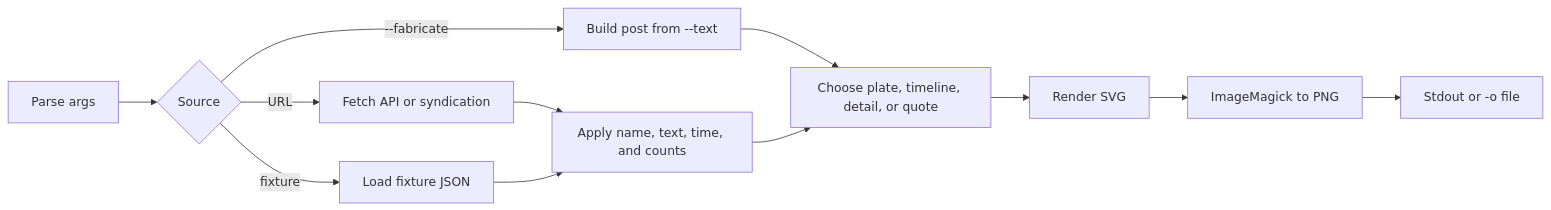
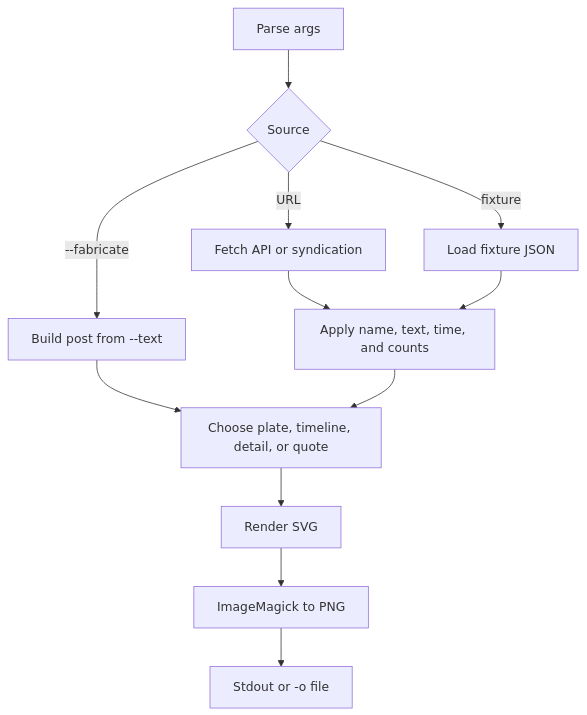
Before and after one commit to jspeaks/xpostplate: the diagram in docs/architecture.md, drawn with Mermaid. The commit also changed 1 other file, not shown here.

Commit message:
docs: orient the architecture diagram vertically

````diff
--- a/docs/architecture.md
+++ b/docs/architecture.md
@@ -5,14 +5,14 @@
 ```mermaid
-flowchart LR
+flowchart TD
   args[Parse args] --> source{Source}
   source -->|URL| fetch[Fetch API or syndication]
   source -->|fixture| fixture[Load fixture JSON]
   source -->|--fabricate| made[Build post from --text]
   fetch --> overrides[Apply name, text, time, and counts]
   fixture --> overrides
   made --> view[Choose plate, timeline, detail, or quote]
   overrides --> view
   view --> svg[Render SVG]
   svg --> magick[ImageMagick to PNG]
   magick --> out[Stdout or -o file]
 ```
````
